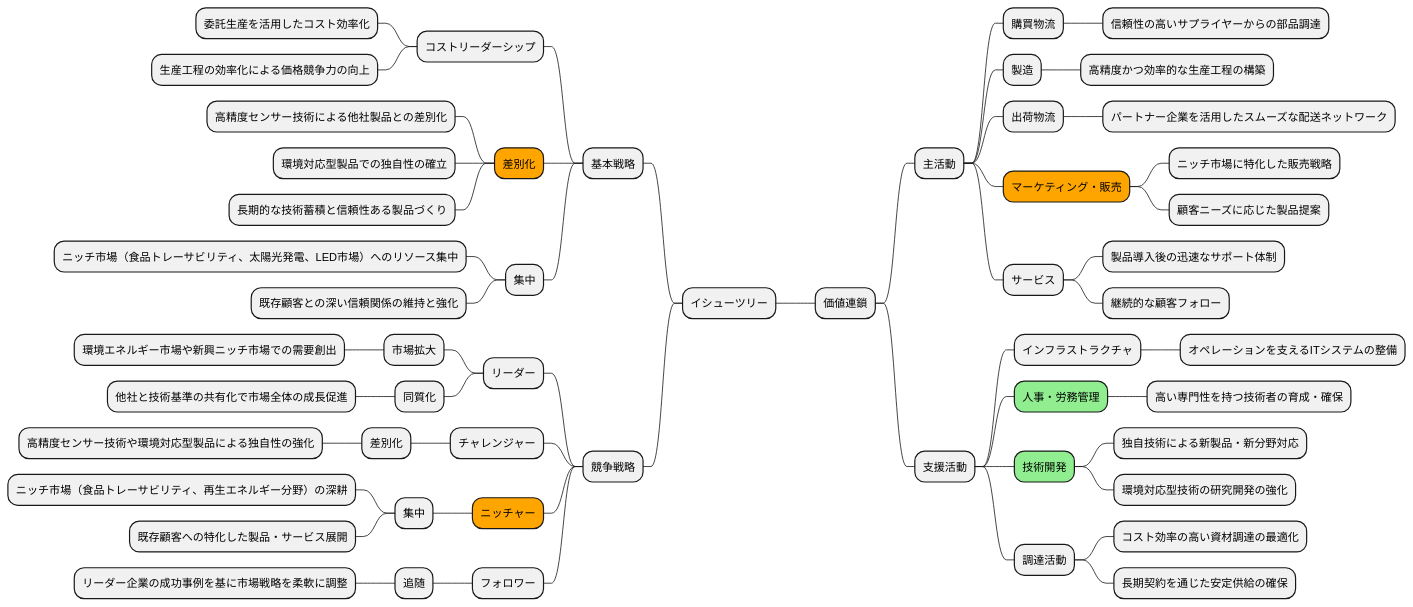
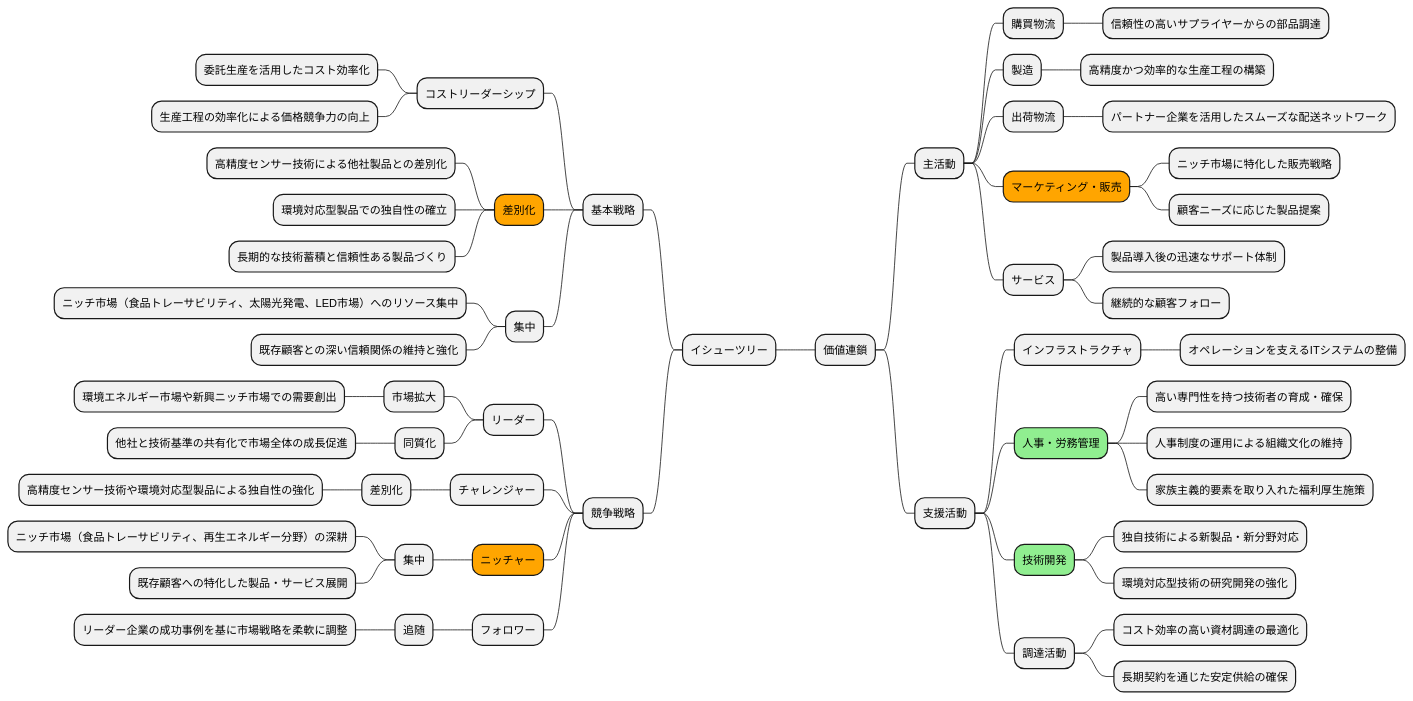
Diagram 11 of 19 in docs/case/h30_case_1.adoc (k2works/case-sutudy-business-analysis), drawn with PlantUML before and after one commit. The commit also changed other lines of this file, not shown here.

```diff
--- a/docs/case/h30_case_1.adoc
+++ b/docs/case/h30_case_1.adoc
@@ -389,63 +389,65 @@
 [plantuml]
 ----
 @startmindmap
 
 * イシューツリー
 left side
 ** 基本戦略
 *** コストリーダーシップ
 **** 委託生産を活用したコスト効率化
 **** 生産工程の効率化による価格競争力の向上
 ***[#orange] 差別化
 **** 高精度センサー技術による他社製品との差別化
 **** 環境対応型製品での独自性の確立
 **** 長期的な技術蓄積と信頼性ある製品づくり
 *** 集中
 **** ニッチ市場（食品トレーサビリティ、太陽光発電、LED市場）へのリソース集中
 **** 既存顧客との深い信頼関係の維持と強化
 ** 競争戦略
 *** リーダー
 **** 市場拡大
 ***** 環境エネルギー市場や新興ニッチ市場での需要創出
 **** 同質化
 ***** 他社と技術基準の共有化で市場全体の成長促進
 *** チャレンジャー
 **** 差別化
 ***** 高精度センサー技術や環境対応型製品による独自性の強化
 ***[#orange] ニッチャー
 **** 集中
 ***** ニッチ市場（食品トレーサビリティ、再生エネルギー分野）の深耕
 ***** 既存顧客への特化した製品・サービス展開
 *** フォロワー
 **** 追随
 ***** リーダー企業の成功事例を基に市場戦略を柔軟に調整
 
 right side
 ** 価値連鎖
 *** 主活動
 **** 購買物流
 ***** 信頼性の高いサプライヤーからの部品調達
 **** 製造
 ***** 高精度かつ効率的な生産工程の構築
 **** 出荷物流
 ***** パートナー企業を活用したスムーズな配送ネットワーク
 ****[#orange] マーケティング・販売
 ***** ニッチ市場に特化した販売戦略
 ***** 顧客ニーズに応じた製品提案
 **** サービス
 ***** 製品導入後の迅速なサポート体制
 ***** 継続的な顧客フォロー
 *** 支援活動
 **** インフラストラクチャ
 ***** オペレーションを支えるITシステムの整備
 ****[#lightgreen] 人事・労務管理
 ***** 高い専門性を持つ技術者の育成・確保
+***** 人事制度の運用による組織文化の維持
+***** 家族主義的要素を取り入れた福利厚生施策
 ****[#lightgreen] 技術開発
 ***** 独自技術による新製品・新分野対応
 ***** 環境対応型技術の研究開発の強化
 **** 調達活動
 ***** コスト効率の高い資材調達の最適化
 ***** 長期契約を通じた安定供給の確保
 
 @endmindmap
 ----
```
